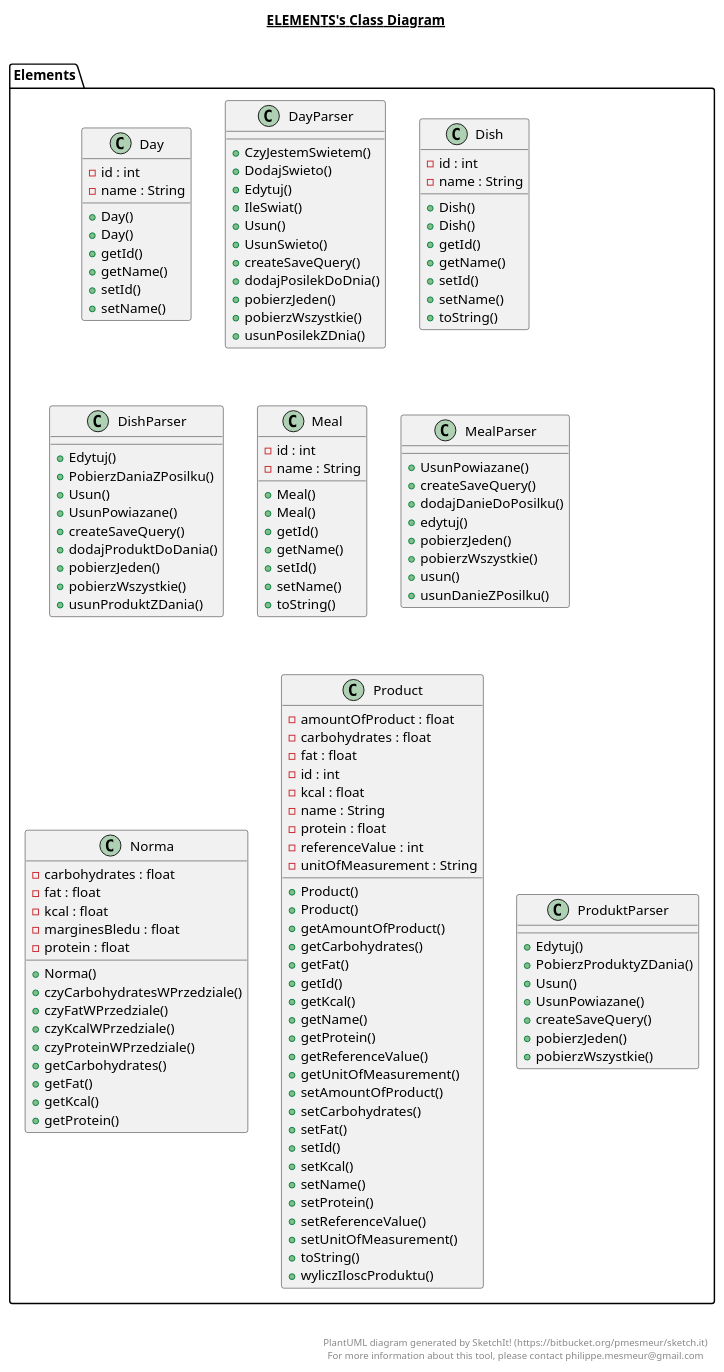
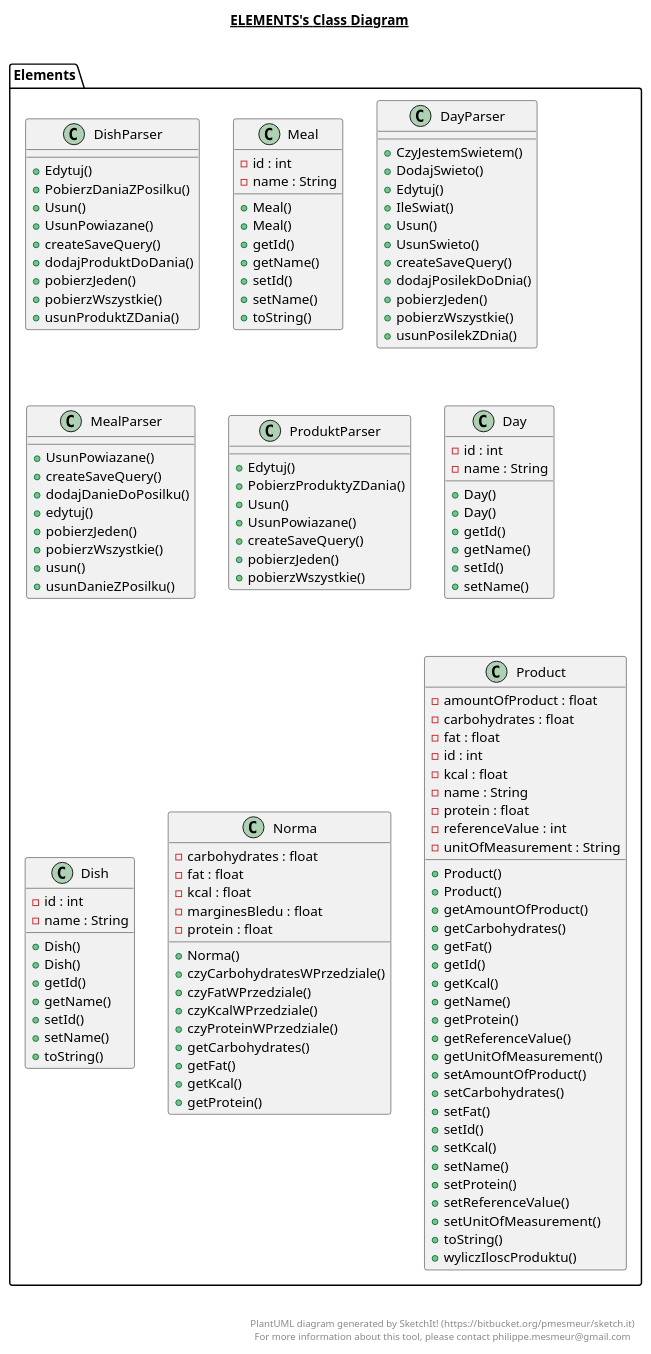
One commit to latac/diploma-code changed the diagram in src/Elements/Elements.plantuml. Above: the diagram before and after it, drawn with PlantUML. The commit also changed 13 other files, not shown here.

```diff
--- a/src/Elements/Elements.plantuml
+++ b/src/Elements/Elements.plantuml
@@ -1,174 +1,174 @@
 @startuml
 
 title __ELEMENTS's Class Diagram__\n
 
-  namespace Elements {
-    class Elements.Day {
-        - id : int
-        - name : String
-        + Day()
-        + Day()
-        + getId()
-        + getName()
-        + setId()
-        + setName()
-    }
-  }
-  
 
-  namespace Elements {
-    class Elements.DayParser {
-        + CzyJestemSwietem()
-        + DodajSwieto()
-        + Edytuj()
-        + IleSwiat()
-        + Usun()
-        + UsunSwieto()
-        + createSaveQuery()
-        + dodajPosilekDoDnia()
-        + pobierzJeden()
-        + pobierzWszystkie()
-        + usunPosilekZDnia()
-    }
-  }
-  
-
-  namespace Elements {
-    class Elements.Dish {
-        - id : int
-        - name : String
-        + Dish()
-        + Dish()
-        + getId()
-        + getName()
-        + setId()
-        + setName()
-        + toString()
-    }
-  }
-  
 
   namespace Elements {
     class Elements.DishParser {
         + Edytuj()
         + PobierzDaniaZPosilku()
         + Usun()
         + UsunPowiazane()
         + createSaveQuery()
         + dodajProduktDoDania()
         + pobierzJeden()
         + pobierzWszystkie()
         + usunProduktZDania()
     }
   }
   
 
   namespace Elements {
     class Elements.Meal {
         - id : int
         - name : String
         + Meal()
         + Meal()
         + getId()
         + getName()
         + setId()
         + setName()
         + toString()
     }
   }
-  
+  namespace Elements {
+      class Elements.DayParser {
+          + CzyJestemSwietem()
+          + DodajSwieto()
+          + Edytuj()
+          + IleSwiat()
+          + Usun()
+          + UsunSwieto()
+          + createSaveQuery()
+          + dodajPosilekDoDnia()
+          + pobierzJeden()
+          + pobierzWszystkie()
+          + usunPosilekZDnia()
+      }
+    }
+
 
   namespace Elements {
     class Elements.MealParser {
         + UsunPowiazane()
         + createSaveQuery()
         + dodajDanieDoPosilku()
         + edytuj()
         + pobierzJeden()
         + pobierzWszystkie()
         + usun()
         + usunDanieZPosilku()
     }
   }
   
+
+  namespace Elements {
+    class Elements.ProduktParser {
+        + Edytuj()
+        + PobierzProduktyZDania()
+        + Usun()
+        + UsunPowiazane()
+        + createSaveQuery()
+        + pobierzJeden()
+        + pobierzWszystkie()
+    }
+  }
+  namespace Elements {
+      class Elements.Day {
+          - id : int
+          - name : String
+          + Day()
+          + Day()
+          + getId()
+          + getName()
+          + setId()
+          + setName()
+      }
+    }
+
+
+
+
+    namespace Elements {
+      class Elements.Dish {
+          - id : int
+          - name : String
+          + Dish()
+          + Dish()
+          + getId()
+          + getName()
+          + setId()
+          + setName()
+          + toString()
+      }
+    }
+
 
   namespace Elements {
     class Elements.Norma {
         - carbohydrates : float
         - fat : float
         - kcal : float
         - marginesBledu : float
         - protein : float
         + Norma()
         + czyCarbohydratesWPrzedziale()
         + czyFatWPrzedziale()
         + czyKcalWPrzedziale()
         + czyProteinWPrzedziale()
         + getCarbohydrates()
         + getFat()
         + getKcal()
         + getProtein()
     }
   }
   
 
   namespace Elements {
     class Elements.Product {
         - amountOfProduct : float
         - carbohydrates : float
         - fat : float
         - id : int
         - kcal : float
         - name : String
         - protein : float
         - referenceValue : int
         - unitOfMeasurement : String
         + Product()
         + Product()
         + getAmountOfProduct()
         + getCarbohydrates()
         + getFat()
         + getId()
         + getKcal()
         + getName()
         + getProtein()
         + getReferenceValue()
         + getUnitOfMeasurement()
         + setAmountOfProduct()
         + setCarbohydrates()
         + setFat()
         + setId()
         + setKcal()
         + setName()
         + setProtein()
         + setReferenceValue()
         + setUnitOfMeasurement()
         + toString()
         + wyliczIloscProduktu()
     }
   }
   
 
-  namespace Elements {
-    class Elements.ProduktParser {
-        + Edytuj()
-        + PobierzProduktyZDania()
-        + Usun()
-        + UsunPowiazane()
-        + createSaveQuery()
-        + pobierzJeden()
-        + pobierzWszystkie()
-    }
-  }
-  
-
 
 
 right footer
 
 
 PlantUML diagram generated by SketchIt! (https://bitbucket.org/pmesmeur/sketch.it)
 For more information about this tool, please contact philippe.mesmeur@gmail.com
 endfooter
 
 @enduml
```
